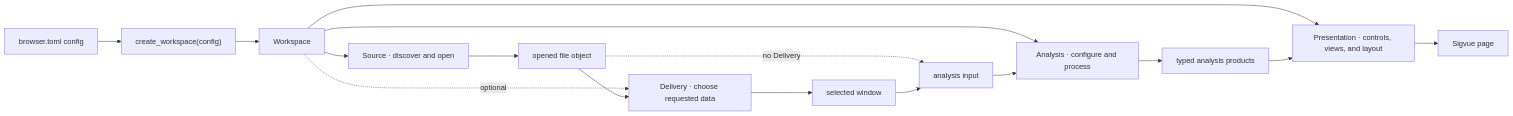
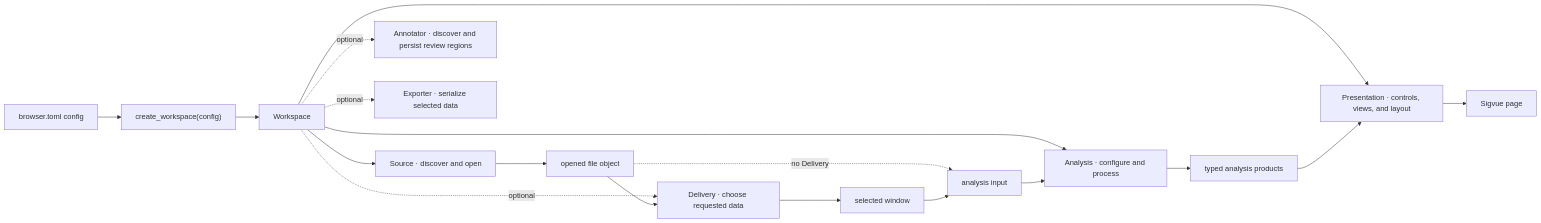
Before and after one commit to briday1/sigvue: the diagram in example_pipelines/README.md, drawn with Mermaid. The commit also changed other lines of this file and 53 other files, not shown here.

````diff
--- a/example_pipelines/README.md
+++ b/example_pipelines/README.md
@@ -44,19 +61,21 @@
 ```mermaid
 flowchart LR
     Config["browser.toml config"] --> Factory["create_workspace(config)"]
     Factory --> Workspace
     Workspace --> Source["Source · discover and open"]
     Workspace -. optional .-> Delivery["Delivery · choose requested data"]
     Workspace --> Analysis["Analysis · configure and process"]
     Workspace --> Presentation["Presentation · controls, views, and layout"]
+    Workspace -. optional .-> Annotator["Annotator · discover and persist review regions"]
+    Workspace -. optional .-> Exporter["Exporter · serialize selected data"]
 
     Source --> Opened["opened file object"]
     Opened --> Delivery
     Delivery --> Selected["selected window"]
     Opened -. no Delivery .-> Input["analysis input"]
     Selected --> Input
     Input --> Analysis
     Analysis --> Products["typed analysis products"]
     Products --> Presentation
     Presentation --> Page["Sigvue page"]
 ```
````
